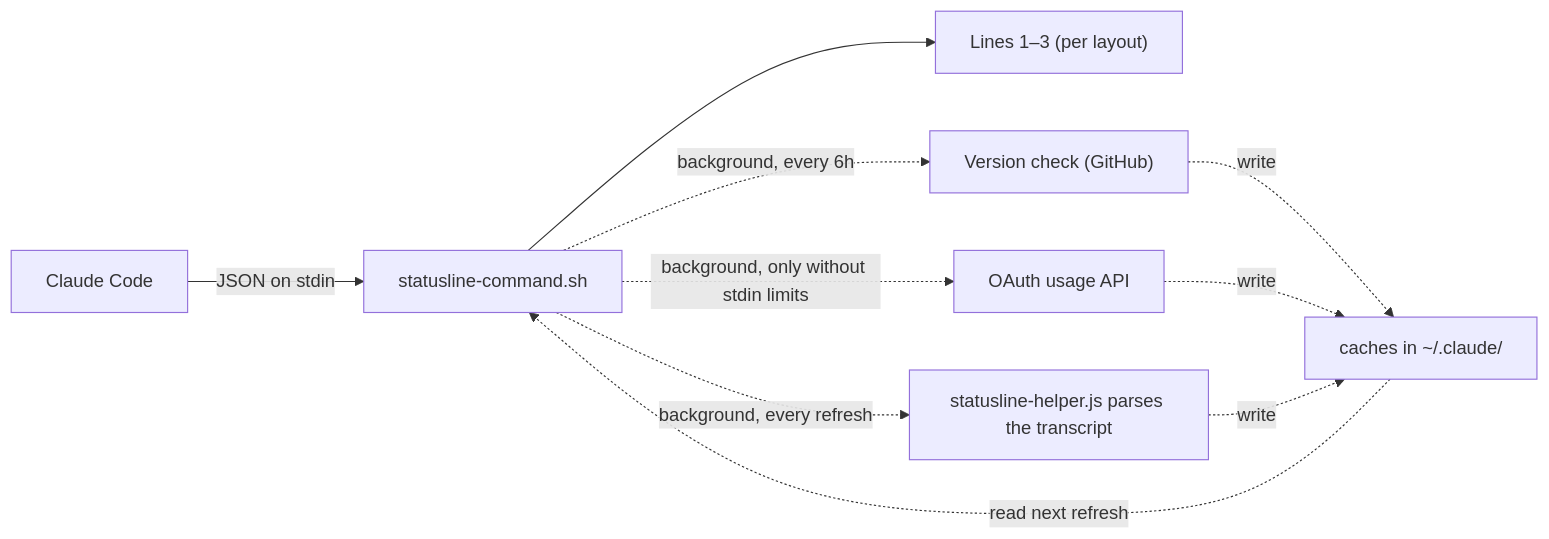
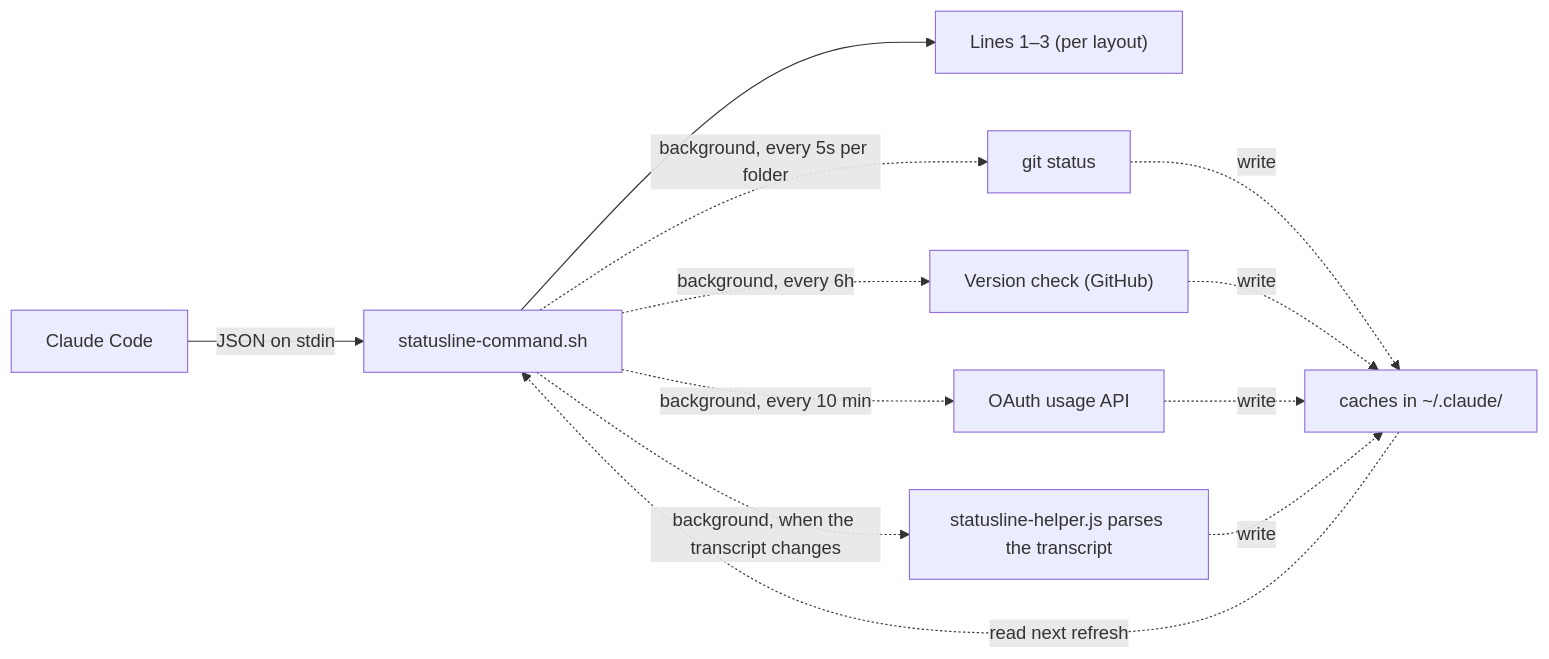
The diagram in README.md (briansmith80/claude-code-status-bar), drawn with Mermaid before and after one commit. The commit also changed other lines of this file and 12 other files, not shown here.

````diff
--- a/README.md
+++ b/README.md
@@ -534,10 +539,11 @@
 ```mermaid
 flowchart LR
     CC["Claude Code"] -->|"JSON on stdin"| S["statusline-command.sh"]
     S --> L["Lines 1–3 (per layout)"]
+    S -.->|"background, every 5s per folder"| G["git status"]
     S -.->|"background, every 6h"| U["Version check (GitHub)"]
-    S -.->|"background, only without stdin limits"| O["OAuth usage API"]
-    S -.->|"background, every refresh"| H["statusline-helper.js parses the transcript"]
-    U & O & H -.->|"write"| C["caches in ~/.claude/"]
+    S -.->|"background, every 10 min"| O["OAuth usage API"]
+    S -.->|"background, when the transcript changes"| H["statusline-helper.js parses the transcript"]
+    G & U & O & H -.->|"write"| C["caches in ~/.claude/"]
     C -.->|"read next refresh"| S
 ```
````
